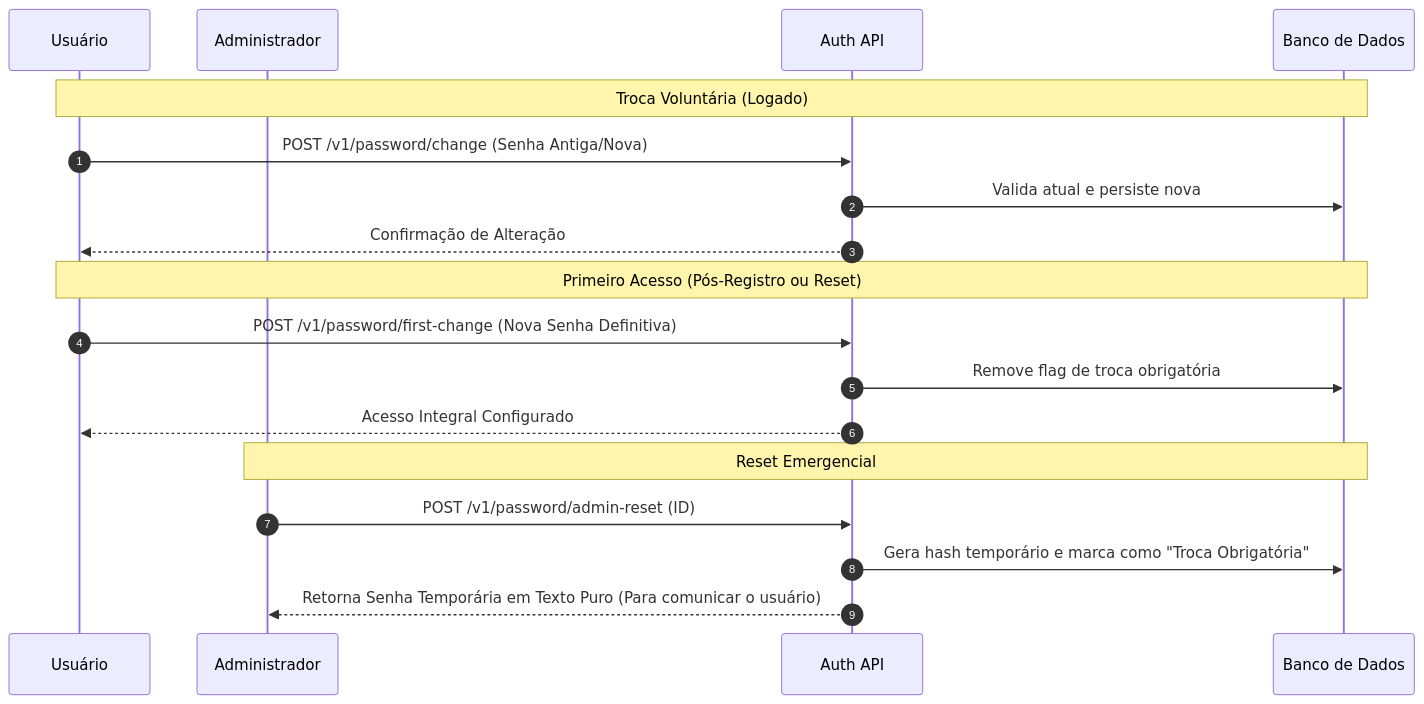
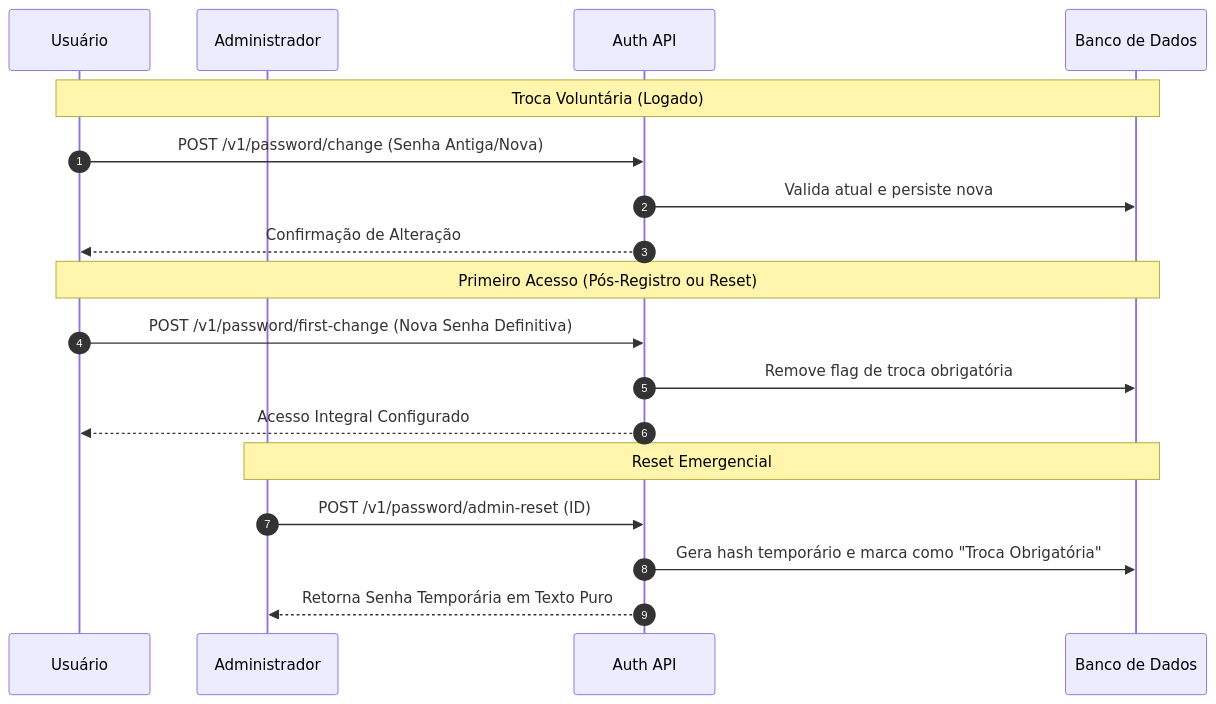
The fourth of 6 diagrams in README.md (secexpessoal/auth-server), drawn with Mermaid before and after one commit. The commit also changed other lines of this file, not shown here.

````diff
--- a/README.md
+++ b/README.md
@@ -117,23 +117,23 @@
 ```mermaid
 sequenceDiagram
     autonumber
     participant User as Usuário
     participant Admin as Administrador
     participant API as Auth API
     participant DB as Banco de Dados
 
     Note over User, DB: Troca Voluntária (Logado)
     User->>API: POST /v1/password/change (Senha Antiga/Nova)
     API->>DB: Valida atual e persiste nova
     API-->>User: Confirmação de Alteração
 
     Note over User, DB: Primeiro Acesso (Pós-Registro ou Reset)
     User->>API: POST /v1/password/first-change (Nova Senha Definitiva)
     API->>DB: Remove flag de troca obrigatória
     API-->>User: Acesso Integral Configurado
 
     Note over Admin, DB: Reset Emergencial
     Admin->>API: POST /v1/password/admin-reset (ID)
     API->>DB: Gera hash temporário e marca como "Troca Obrigatória"
-    API-->>Admin: Retorna Senha Temporária em Texto Puro (Para comunicar o usuário)
+    API-->>Admin: Retorna Senha Temporária em Texto Puro
 ```
````
